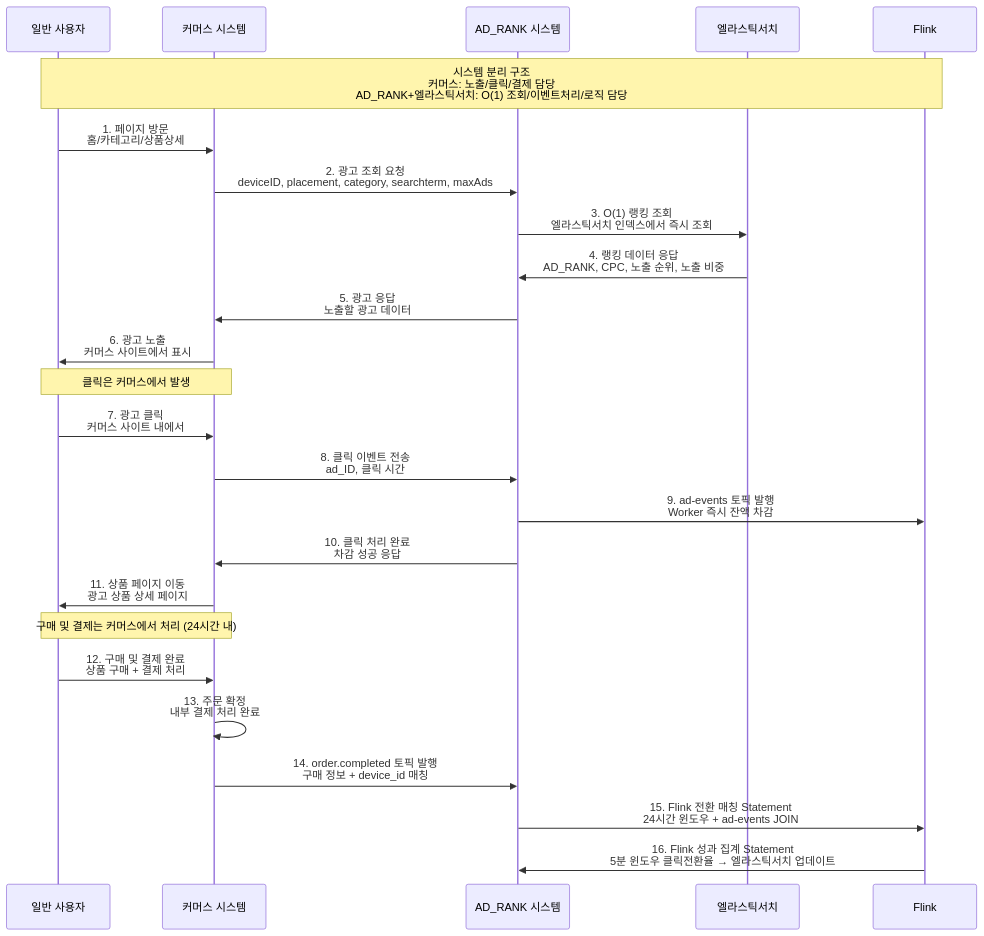
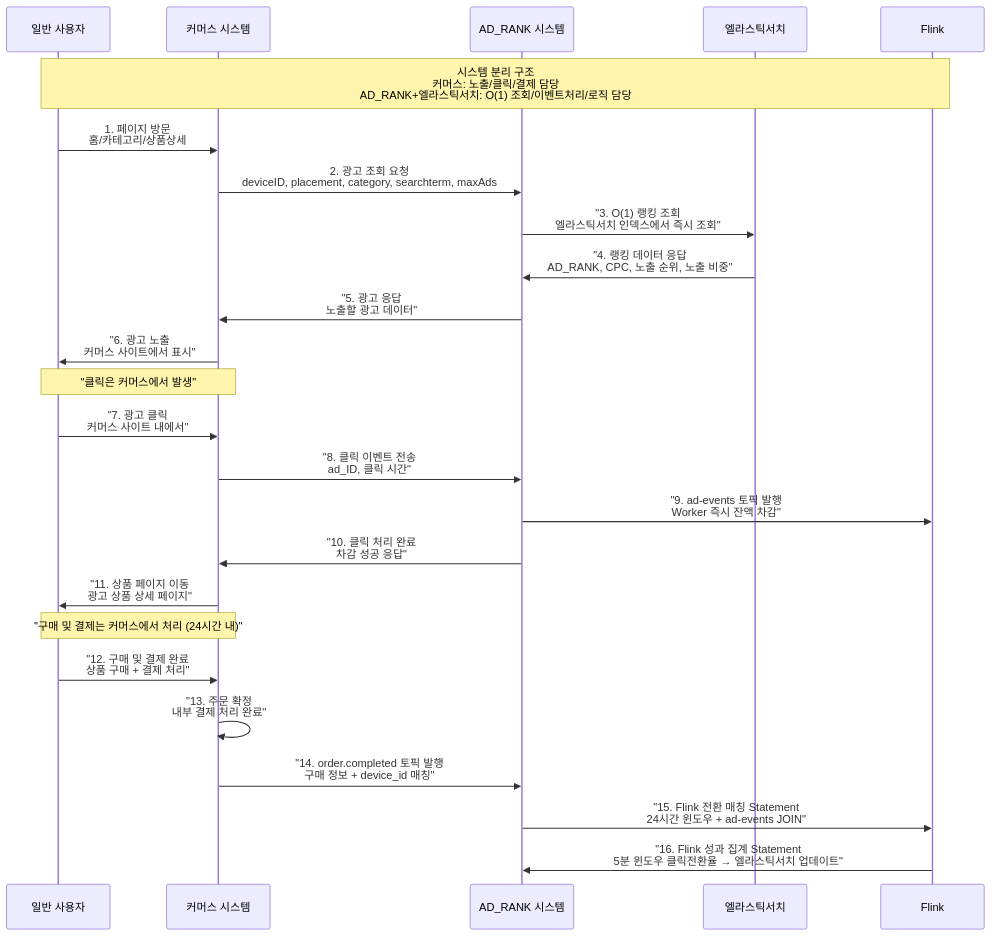
The fourth of 9 diagrams in docs/2. 설계/2-1. 업무흐름.md (smk692/advertisement-project), drawn with Mermaid before and after one commit. The commit also changed 3 other files, not shown here.

First line of the commit message:
fix: Mermaid 다이어그램 파싱 에러 수정 - 한글 라벨 따옴표 처리

````diff
--- a/docs/2. 설계/2-1. 업무흐름.md
+++ b/docs/2. 설계/2-1. 업무흐름.md
@@ -177,33 +177,33 @@
 ```mermaid
 sequenceDiagram
     participant U as 일반 사용자
     participant C as 커머스 시스템
     participant A as AD_RANK 시스템
     participant ES as 엘라스틱서치
     participant F as Flink
     
     Note over U,F: 시스템 분리 구조<br/>커머스: 노출/클릭/결제 담당<br/>AD_RANK+엘라스틱서치: O(1) 조회/이벤트처리/로직 담당
     
     U->>C: 1. 페이지 방문<br/>홈/카테고리/상품상세
     C->>A: 2. 광고 조회 요청<br/>deviceID, placement, category, searchterm, maxAds
-    A->>ES: 3. O(1) 랭킹 조회<br/>엘라스틱서치 인덱스에서 즉시 조회
-    ES->>A: 4. 랭킹 데이터 응답<br/>AD_RANK, CPC, 노출 순위, 노출 비중
-    A->>C: 5. 광고 응답<br/>노출할 광고 데이터
-    C->>U: 6. 광고 노출<br/>커머스 사이트에서 표시
+    A->>ES: "3. O(1) 랭킹 조회<br/>엘라스틱서치 인덱스에서 즉시 조회"
+    ES->>A: "4. 랭킹 데이터 응답<br/>AD_RANK, CPC, 노출 순위, 노출 비중"
+    A->>C: "5. 광고 응답<br/>노출할 광고 데이터"
+    C->>U: "6. 광고 노출<br/>커머스 사이트에서 표시"
     
-    Note over U,C: 클릭은 커머스에서 발생
+    Note over U,C: "클릭은 커머스에서 발생"
     
-    U->>C: 7. 광고 클릭<br/>커머스 사이트 내에서
-    C->>A: 8. 클릭 이벤트 전송<br/>ad_ID, 클릭 시간
-    A->>F: 9. ad-events 토픽 발행<br/>Worker 즉시 잔액 차감
-    A->>C: 10. 클릭 처리 완료<br/>차감 성공 응답
-    C->>U: 11. 상품 페이지 이동<br/>광고 상품 상세 페이지
+    U->>C: "7. 광고 클릭<br/>커머스 사이트 내에서"
+    C->>A: "8. 클릭 이벤트 전송<br/>ad_ID, 클릭 시간"
+    A->>F: "9. ad-events 토픽 발행<br/>Worker 즉시 잔액 차감"
+    A->>C: "10. 클릭 처리 완료<br/>차감 성공 응답"
+    C->>U: "11. 상품 페이지 이동<br/>광고 상품 상세 페이지"
     
-    Note over U,C: 구매 및 결제는 커머스에서 처리 (24시간 내)
+    Note over U,C: "구매 및 결제는 커머스에서 처리 (24시간 내)"
     
-    U->>C: 12. 구매 및 결제 완료<br/>상품 구매 + 결제 처리
-    C->>C: 13. 주문 확정<br/>내부 결제 처리 완료
-    C->>A: 14. order.completed 토픽 발행<br/>구매 정보 + device_id 매칭
-    A->>F: 15. Flink 전환 매칭 Statement<br/>24시간 윈도우 + ad-events JOIN
-    F->>A: 16. Flink 성과 집계 Statement<br/>5분 윈도우 클릭전환율 → 엘라스틱서치 업데이트
+    U->>C: "12. 구매 및 결제 완료<br/>상품 구매 + 결제 처리"
+    C->>C: "13. 주문 확정<br/>내부 결제 처리 완료"
+    C->>A: "14. order.completed 토픽 발행<br/>구매 정보 + device_id 매칭"
+    A->>F: "15. Flink 전환 매칭 Statement<br/>24시간 윈도우 + ad-events JOIN"
+    F->>A: "16. Flink 성과 집계 Statement<br/>5분 윈도우 클릭전환율 → 엘라스틱서치 업데이트"
 ```
````
